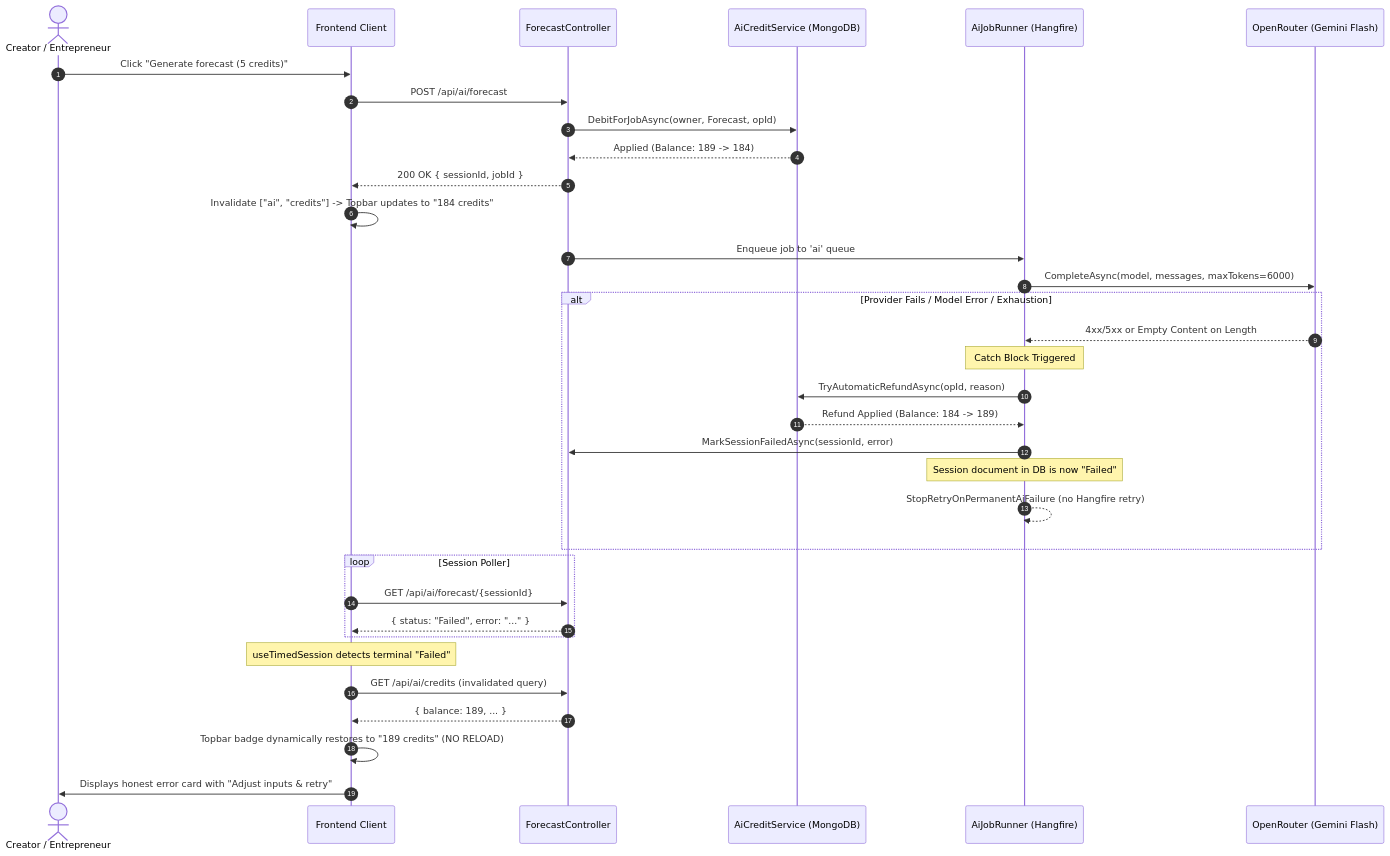
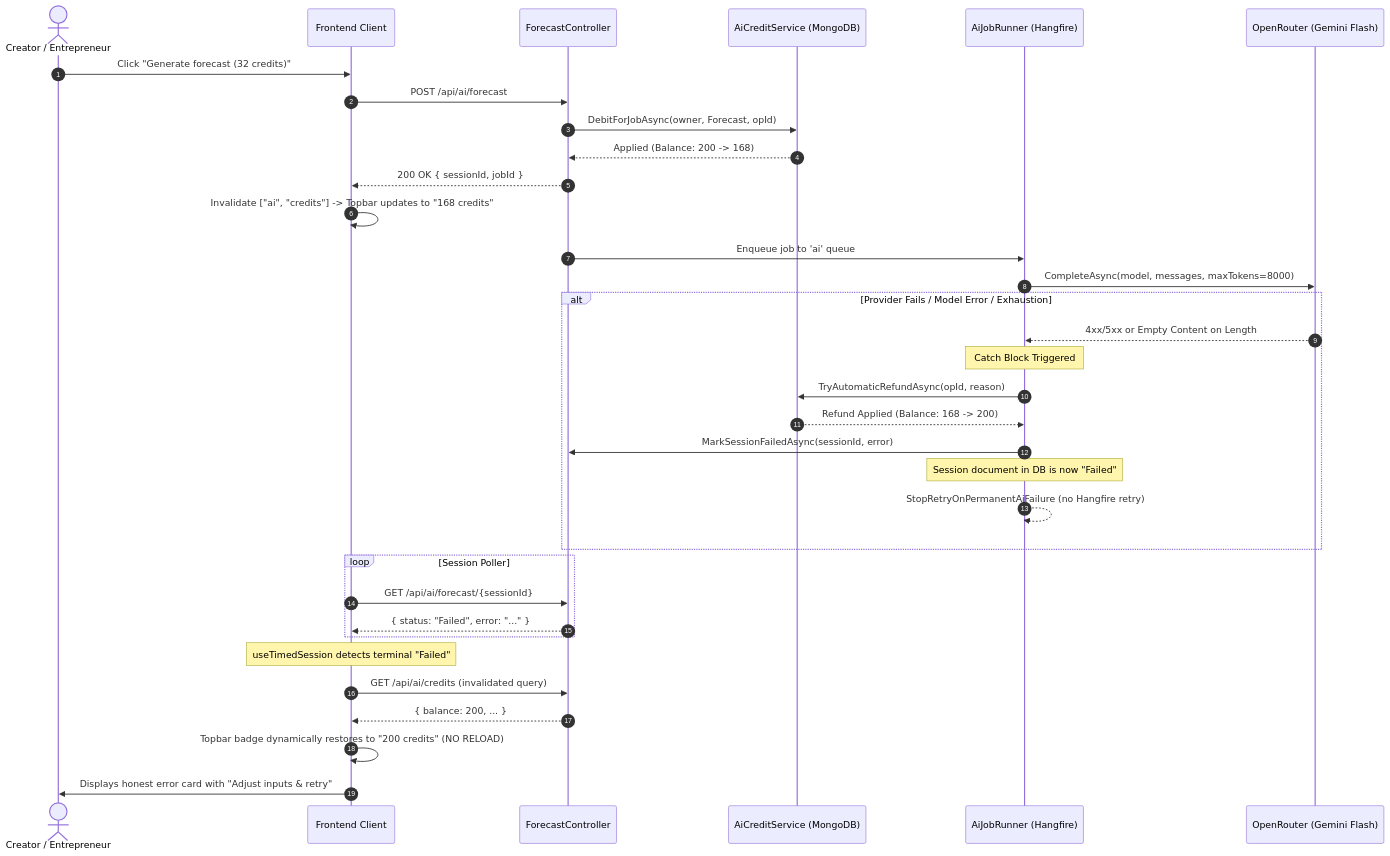
Before and after one commit to MondialECO/mondial_monorepo_fullstack: the diagram in docs/operations/ai-credit-metering-and-visibility.md, drawn with Mermaid. The commit also changed other lines of this file and 8 other files, not shown here.

Commit message:
docs(ai-credits): synchronize canonical specs, operations runbooks, and diagrams with HEAD pricing and model routing

````diff
--- a/docs/operations/ai-credit-metering-and-visibility.md
+++ b/docs/operations/ai-credit-metering-and-visibility.md
@@ -86,41 +86,41 @@
 ```mermaid
 sequenceDiagram
     autonumber
     actor User as Creator / Entrepreneur
     participant UI as Frontend Client
     participant API as ForecastController
     participant Ledger as AiCreditService (MongoDB)
     participant Runner as AiJobRunner (Hangfire)
     participant Provider as OpenRouter (Gemini Flash)
 
-    User->>UI: Click "Generate forecast (5 credits)"
+    User->>UI: Click "Generate forecast (32 credits)"
     UI->>API: POST /api/ai/forecast
     API->>Ledger: DebitForJobAsync(owner, Forecast, opId)
-    Ledger-->>API: Applied (Balance: 189 -> 184)
+    Ledger-->>API: Applied (Balance: 200 -> 168)
     API-->>UI: 200 OK { sessionId, jobId }
-    UI->>UI: Invalidate ["ai", "credits"] -> Topbar updates to "184 credits"
+    UI->>UI: Invalidate ["ai", "credits"] -> Topbar updates to "168 credits"
     
     API->>Runner: Enqueue job to 'ai' queue
-    Runner->>Provider: CompleteAsync(model, messages, maxTokens=6000)
+    Runner->>Provider: CompleteAsync(model, messages, maxTokens=8000)
     
     alt Provider Fails / Model Error / Exhaustion
         Provider-->>Runner: 4xx/5xx or Empty Content on Length
         Note over Runner: Catch Block Triggered
         Runner->>Ledger: TryAutomaticRefundAsync(opId, reason)
-        Ledger-->>Runner: Refund Applied (Balance: 184 -> 189)
+        Ledger-->>Runner: Refund Applied (Balance: 168 -> 200)
         Runner->>API: MarkSessionFailedAsync(sessionId, error)
         Note over Runner: Session document in DB is now "Failed"
         Runner-->>Runner: StopRetryOnPermanentAiFailure (no Hangfire retry)
     end
 
     loop Session Poller
         UI->>API: GET /api/ai/forecast/{sessionId}
         API-->>UI: { status: "Failed", error: "..." }
     end
 
     Note over UI: useTimedSession detects terminal "Failed"
     UI->>API: GET /api/ai/credits (invalidated query)
-    API-->>UI: { balance: 189, ... }
-    UI->>UI: Topbar badge dynamically restores to "189 credits" (NO RELOAD)
+    API-->>UI: { balance: 200, ... }
+    UI->>UI: Topbar badge dynamically restores to "200 credits" (NO RELOAD)
     UI->>User: Displays honest error card with "Adjust inputs & retry"
 ```
````
